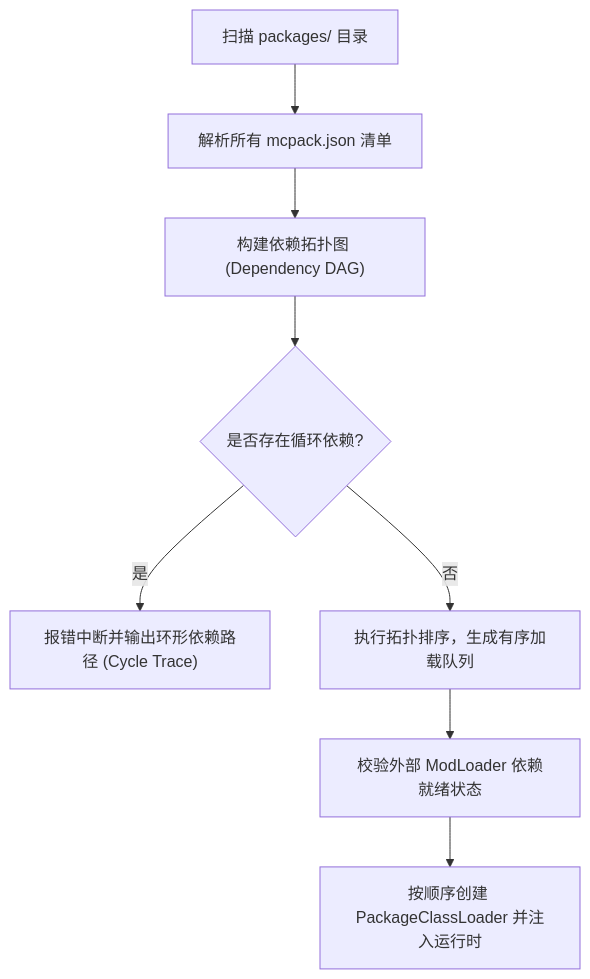
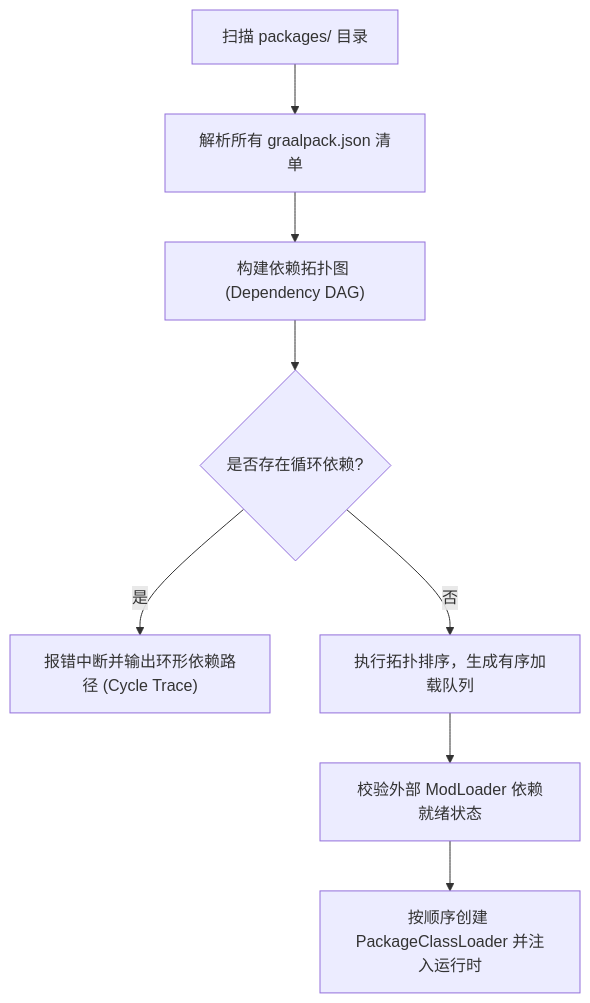
The diagram in docs/Package-System.md (nooooocato/graal-agent), drawn with Mermaid before and after one commit. The commit also changed other lines of this file and 61 other files, not shown here.

Commit message:
refactor(rename): rename mc-agent to graal-agent, mcpack to graalpack, and com.mcagent to com.graalagent

````diff
--- a/docs/Package-System.md
+++ b/docs/Package-System.md
@@ -106,10 +106,10 @@
 ```mermaid
 flowchart TD
-    A["扫描 packages/ 目录"] --> B["解析所有 mcpack.json 清单"]
+    A["扫描 packages/ 目录"] --> B["解析所有 graalpack.json 清单"]
     B --> C["构建依赖拓扑图 (Dependency DAG)"]
     C --> D{"是否存在循环依赖?"}
     D -- 是 --> E["报错中断并输出环形依赖路径 (Cycle Trace)"]
     D -- 否 --> F["执行拓扑排序，生成有序加载队列"]
     F --> G["校验外部 ModLoader 依赖就绪状态"]
     G --> H["按顺序创建 PackageClassLoader 并注入运行时"]
 ```
````
